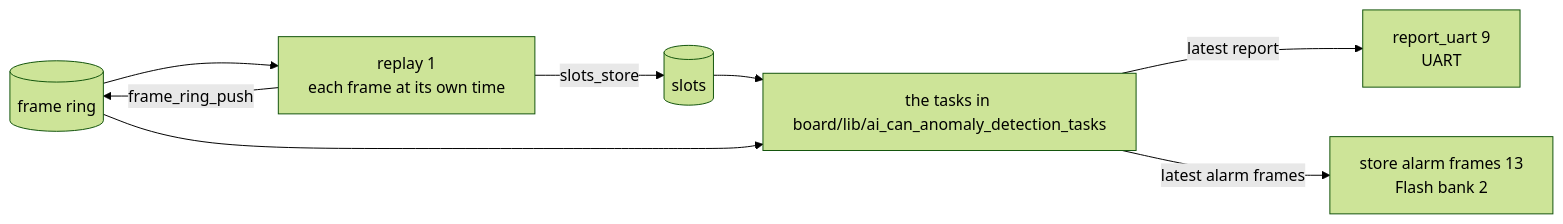
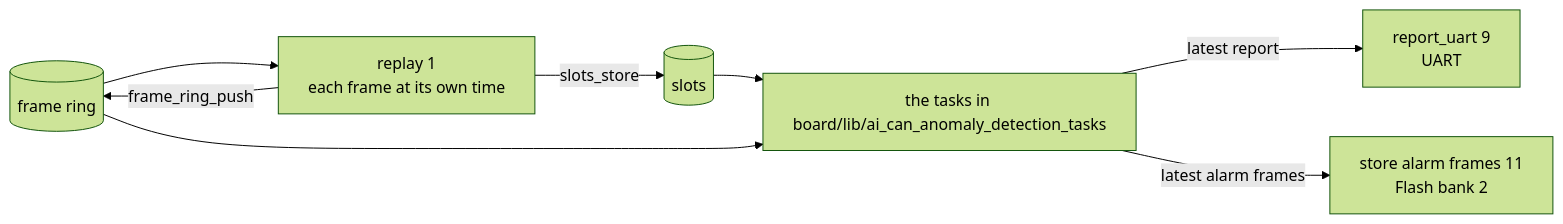
Before and after one commit to asana17/ai_can_anomaly_detection: the diagram in board/application/can_path_from_flash/README.md, drawn with Mermaid (forest theme). The commit also changed 5 other files, not shown here.

Commit message:
refactor(board): run the store of the alarm frames above the window model

````diff
--- a/board/application/can_path_from_flash/README.md
+++ b/board/application/can_path_from_flash/README.md
@@ -6,10 +6,10 @@
 ```mermaid
 flowchart LR
     frames[(Flash frames)] --> replay["replay 1<br/>each frame at its own time"]
     replay -- slots_store --> slots[(slots)]
     replay -- frame_ring_push --> frames[(frame ring)]
     slots --> tasks["the tasks in board/lib/ai_can_anomaly_detection_tasks"]
     frames --> tasks
     tasks -- latest report --> uart["report_uart 9<br/>UART"]
-    tasks -- latest alarm frames --> store["store alarm frames 13<br/>Flash bank 2"]
+    tasks -- latest alarm frames --> store["store alarm frames 11<br/>Flash bank 2"]
 ```
````
